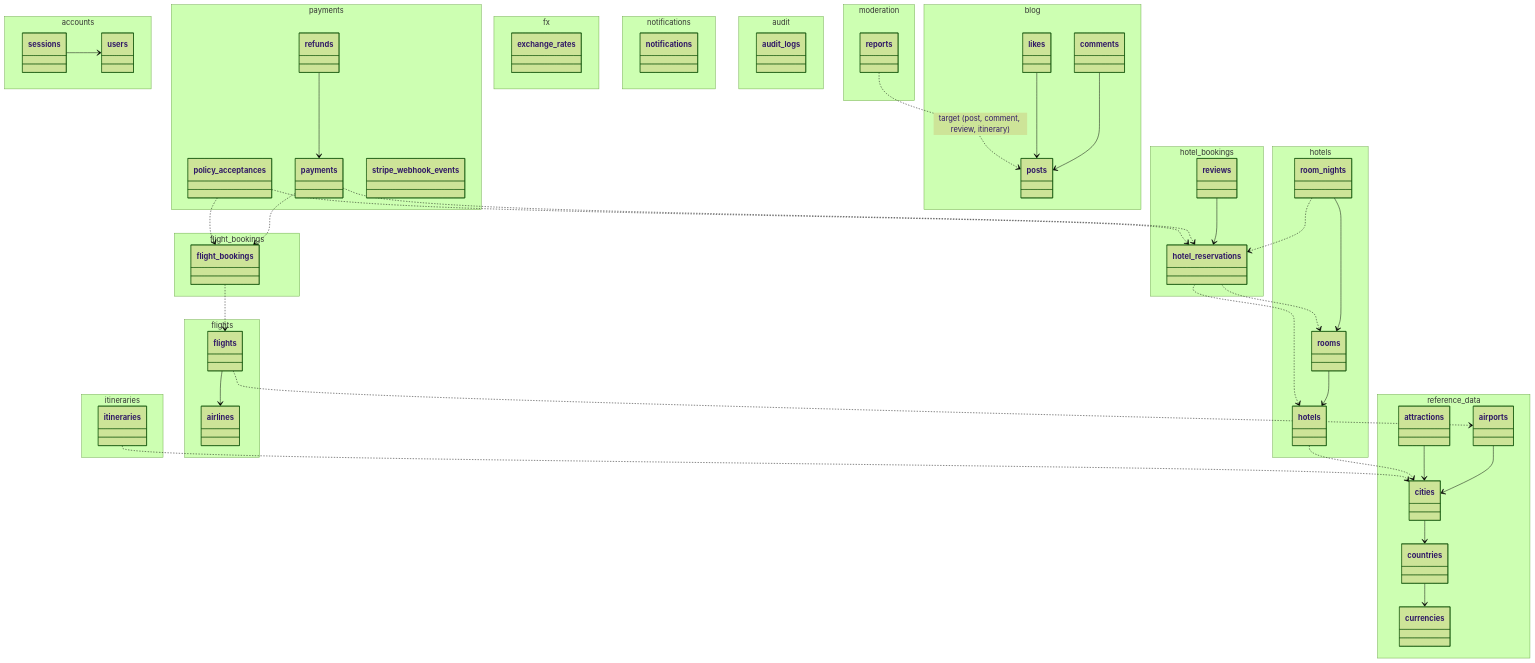
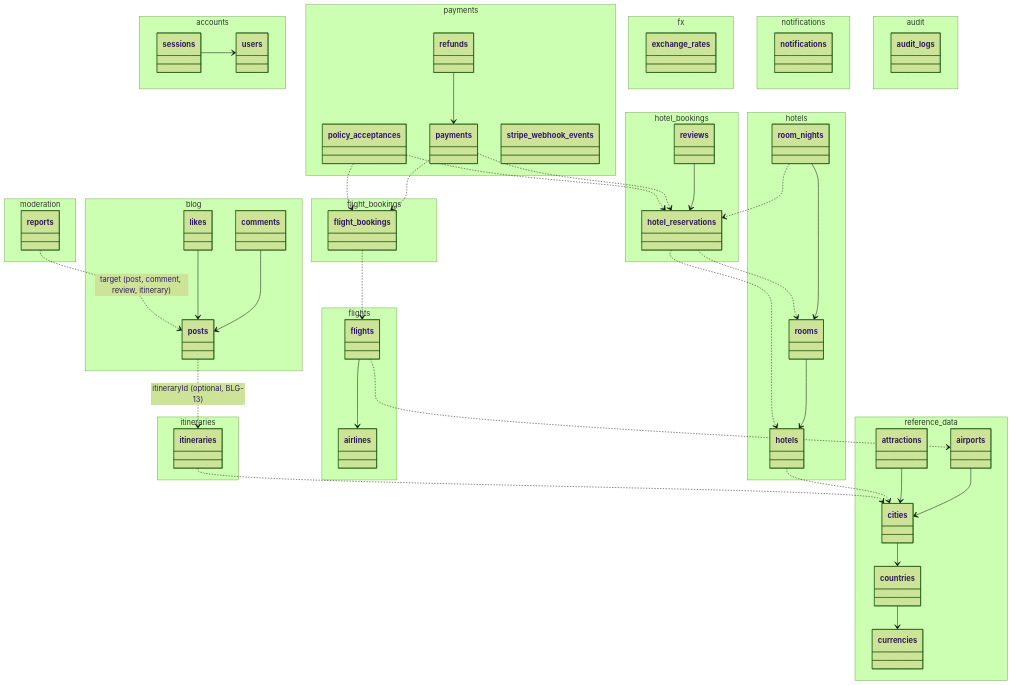
One commit to Host173/Man2o4ah changed the first of 7 diagrams in docs/database/class-diagrams.md. Above: the diagram before and after it, drawn with Mermaid (forest theme). The commit also changed other lines of this file and 8 other files, not shown here.

First line of the commit message:
feat(blog): prepare itinerary attachment schema (BLG-13)

```diff
--- a/docs/database/class-diagrams.md
+++ b/docs/database/class-diagrams.md
@@ -91,6 +91,7 @@
   policy_acceptances ..> flight_bookings_
   policy_acceptances ..> hotel_reservations
   itineraries_ ..> cities
+  posts ..> itineraries_ : itineraryId (optional, BLG-13)
   comments --> posts
   likes --> posts
   reports ..> posts : target (post, comment, review, itinerary)
```
